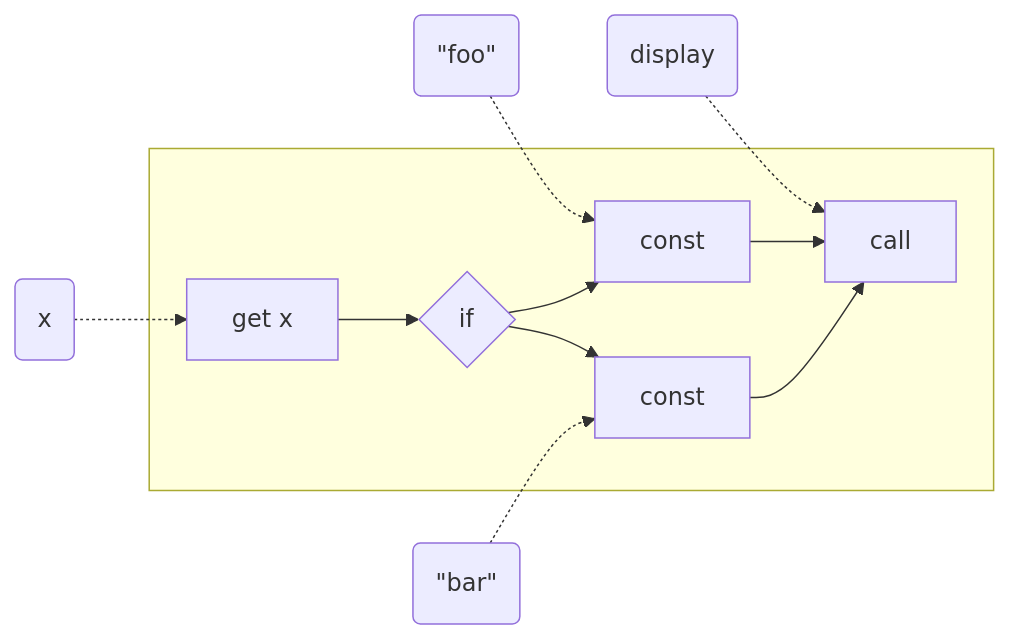
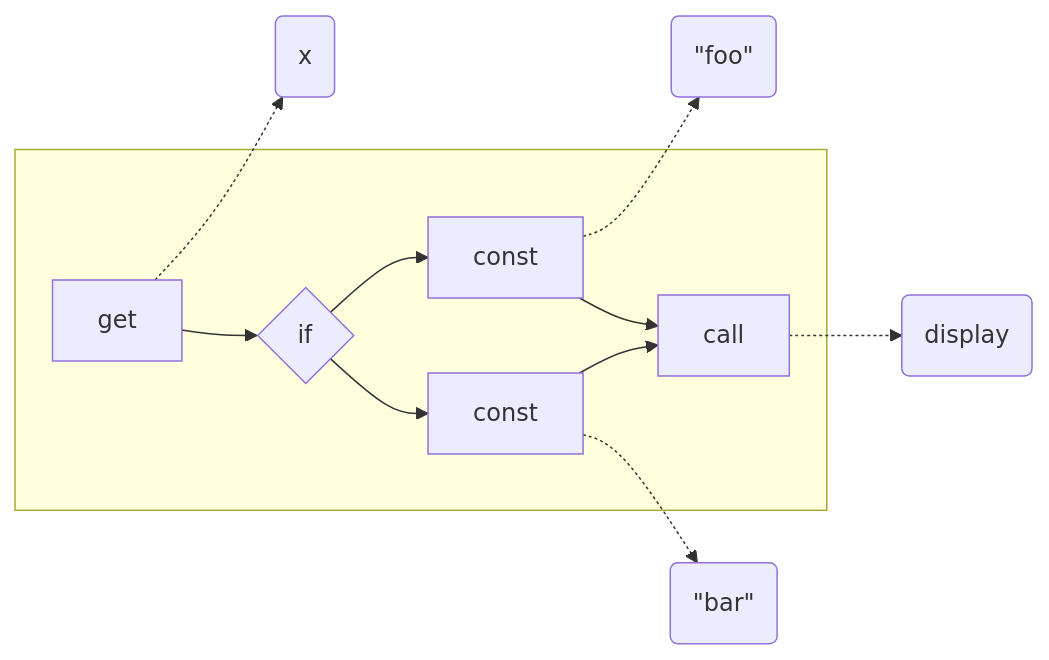
One commit to raviqqe/doc changed the diagram in slides/papers/stak-scheme/if-instruction.mmd. Above: the diagram before and after it, drawn with Mermaid. The commit also changed 2 other files, not shown here.

```diff
--- a/slides/papers/stak-scheme/if-instruction.mmd
+++ b/slides/papers/stak-scheme/if-instruction.mmd
@@ -1,10 +1,10 @@
 flowchart LR
-  d0(x) -.-> c0
-  d1(#quot;foo#quot;) -.-> c2
-  d3(display) -.-> c4
+  c0 -.-> d0(x)
+  c2 -.-> d1(#quot;foo#quot;)
+  c4 -.-> d3(display)
 
   subgraph s[ ]
-    c0[get x] --> c1{if} --> c2[const] & c3[const] --> c4[call]
+    c0[get] --> c1{if} --> c2[const] & c3[const] --> c4[call]
   end
 
-  d2(#quot;bar#quot;) -.-> c3
+  c3 -.-> d2(#quot;bar#quot;)
```
